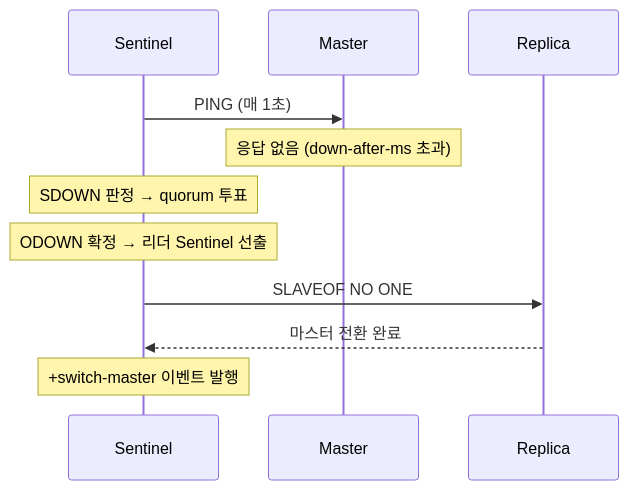
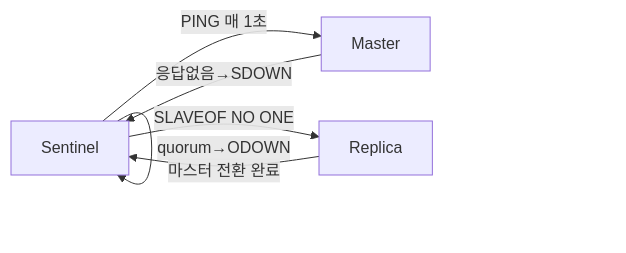
Before and after one commit to yjkim2015/yjkim2015.github.io: the third of 6 diagrams in _posts/redis/2026-05-11-redis-modes.md, drawn with Mermaid. The commit also changed other lines of this file and 84 other files, not shown here.

First line of the commit message:
85개 포스트 Mermaid 다이어그램 규칙 일괄 수정

````diff
--- a/_posts/redis/2026-05-11-redis-modes.md
+++ b/_posts/redis/2026-05-11-redis-modes.md
@@ -142,13 +142,8 @@
 ```mermaid
-sequenceDiagram
-    participant S as Sentinel
-    participant M as Master
-    participant R as Replica
-    S->>M: PING (매 1초)
-    Note over M: 응답 없음 (down-after-ms 초과)
-    Note over S: SDOWN 판정 → quorum 투표
-    Note over S: ODOWN 확정 → 리더 Sentinel 선출
-    S->>R: SLAVEOF NO ONE
-    R-->>S: 마스터 전환 완료
-    Note over S: +switch-master 이벤트 발행
+graph LR
+    S["Sentinel"] -->|"PING 매 1초"| M["Master"]
+    M -->|"응답없음→SDOWN"| S
+    S -->|"quorum→ODOWN"| S
+    S -->|"SLAVEOF NO ONE"| R["Replica"]
+    R -->|"마스터 전환 완료"| S
 ```
````
